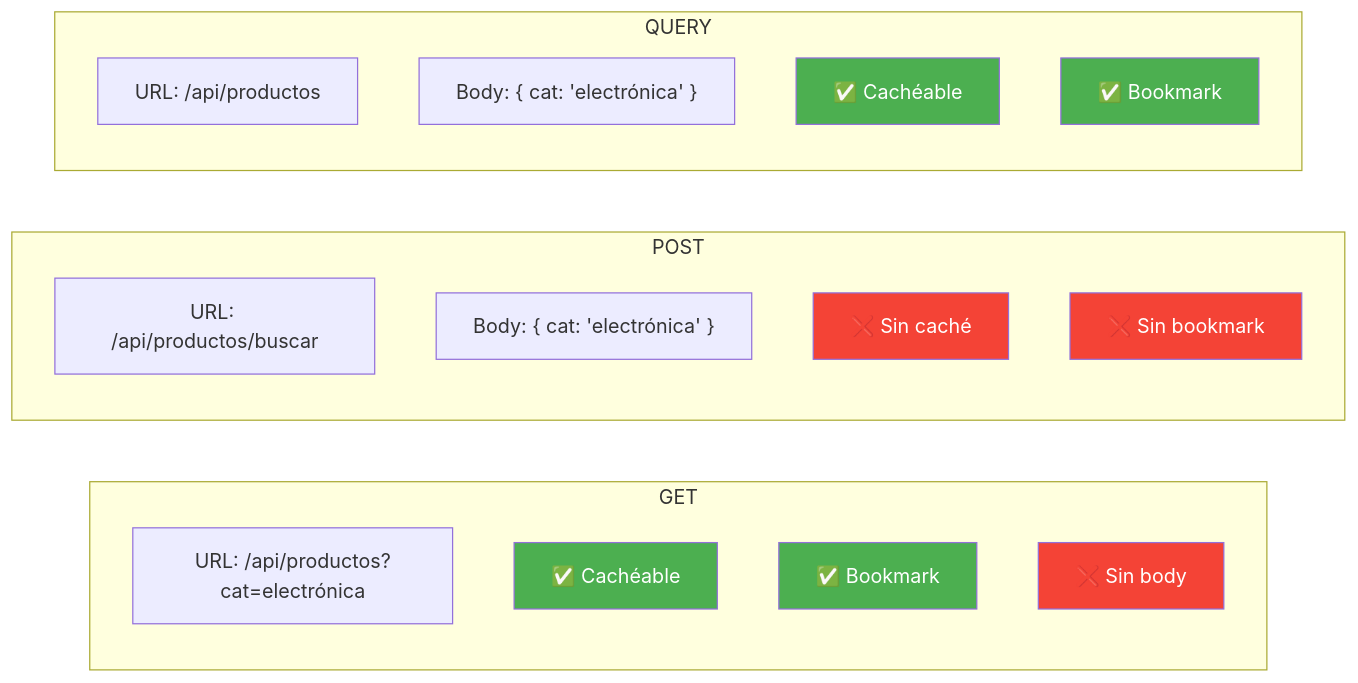
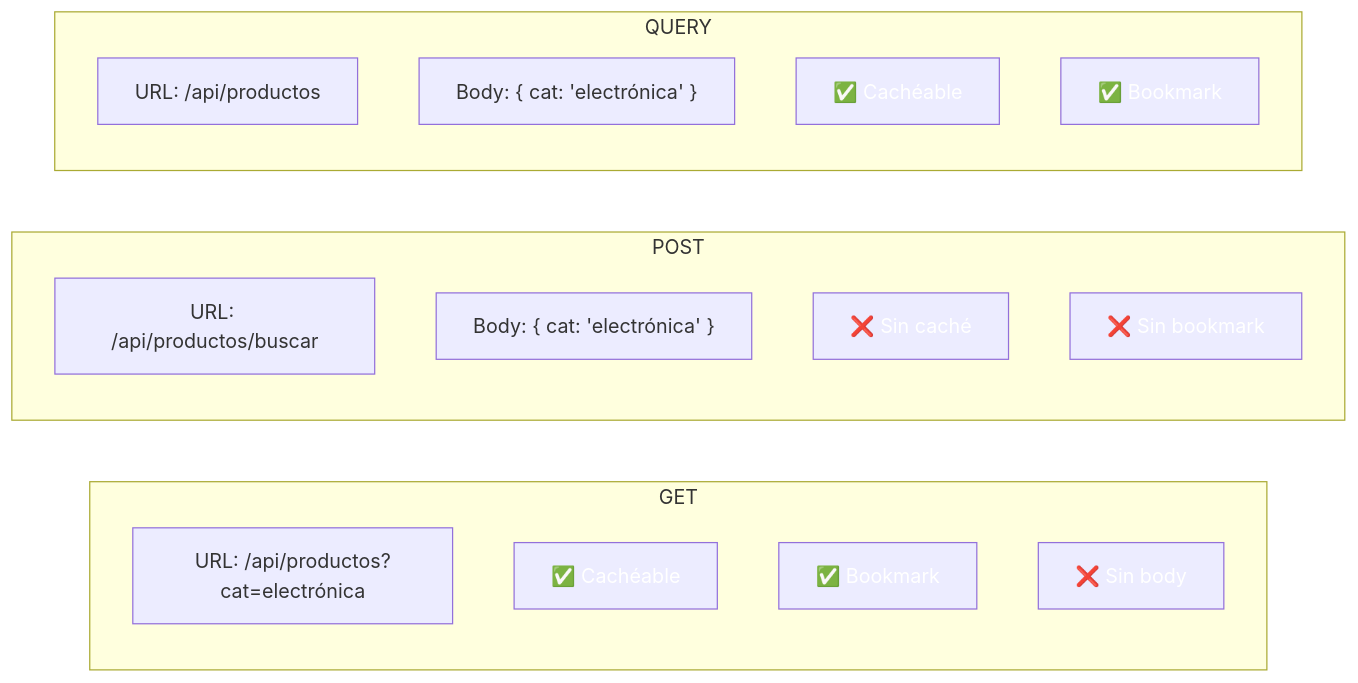
The eighth of 11 diagrams in 08-dtos-mapeadores-validaciones.md (joseluisgs/DesarrolloWebEntornosServidor-02-2026-2027), drawn with Mermaid before and after one commit. The commit also changed other lines of this file and 41 other files, not shown here.

````diff
--- a/08-dtos-mapeadores-validaciones.md
+++ b/08-dtos-mapeadores-validaciones.md
@@ -983,31 +983,31 @@
 ```mermaid
 flowchart LR
     subgraph "GET"
         G1["URL: /api/productos?cat=electrónica"]
         G2["✅ Cachéable"]
         G3["✅ Bookmark"]
         G4["❌ Sin body"]
     end
 
     subgraph "POST"
         P1["URL: /api/productos/buscar"]
         P2["Body: { cat: 'electrónica' }"]
         P3["❌ Sin caché"]
         P4["❌ Sin bookmark"]
     end
 
     subgraph "QUERY"
         Q1["URL: /api/productos"]
         Q2["Body: { cat: 'electrónica' }"]
         Q3["✅ Cachéable"]
         Q4["✅ Bookmark"]
     end
 
-    style G2 fill:#4CAF50,color:#fff
-    style G3 fill:#4CAF50,color:#fff
-    style G4 fill:#f44336,color:#fff
-    style P3 fill:#f44336,color:#fff
-    style P4 fill:#f44336,color:#fff
-    style Q3 fill:#4CAF50,color:#fff
-    style Q4 fill:#4CAF50,color:#fff
+    style G2 fill:#4CAF5,color:#fff0,color:#fff
+    style G3 fill:#4CAF5,color:#fff0,color:#fff
+    style G4 fill:#f4433,color:#fff6,color:#fff
+    style P3 fill:#f4433,color:#fff6,color:#fff
+    style P4 fill:#f4433,color:#fff6,color:#fff
+    style Q3 fill:#4CAF5,color:#fff0,color:#fff
+    style Q4 fill:#4CAF5,color:#fff0,color:#fff
 ```
````
